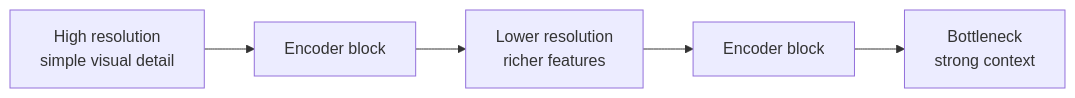
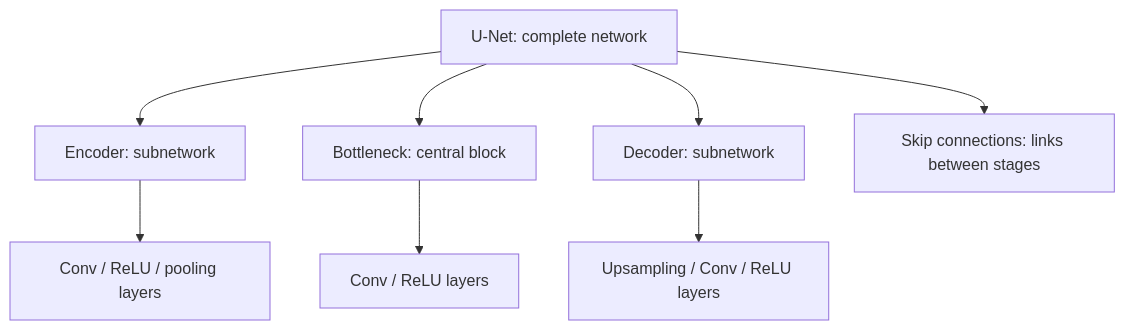
One commit to santiagoAvellaR/industrial-defect-vision changed the first of 4 diagrams in docs/learning/deep-learning/segmentation/topics/encoder-decoder-and-unet.md. Above: the diagram before and after it, drawn with Mermaid. The commit also changed other lines of this file, not shown here.

Commit message:
docs(learning): clarify U-Net concepts for beginners

````diff
--- a/docs/learning/deep-learning/segmentation/topics/encoder-decoder-and-unet.md
+++ b/docs/learning/deep-learning/segmentation/topics/encoder-decoder-and-unet.md
@@ -25,7 +16,11 @@
 ```mermaid
-flowchart LR
-    A[High resolution<br/>simple visual detail] --> B[Encoder block]
-    B --> C[Lower resolution<br/>richer features]
-    C --> D[Encoder block]
-    D --> E[Bottleneck<br/>strong context]
+flowchart TD
+    A[U-Net: complete network] --> B[Encoder: subnetwork]
+    A --> C[Bottleneck: central block]
+    A --> D[Decoder: subnetwork]
+    A --> E[Skip connections: links between stages]
+
+    B --> F[Conv / ReLU / pooling layers]
+    C --> G[Conv / ReLU layers]
+    D --> H[Upsampling / Conv / ReLU layers]
 ```
````
